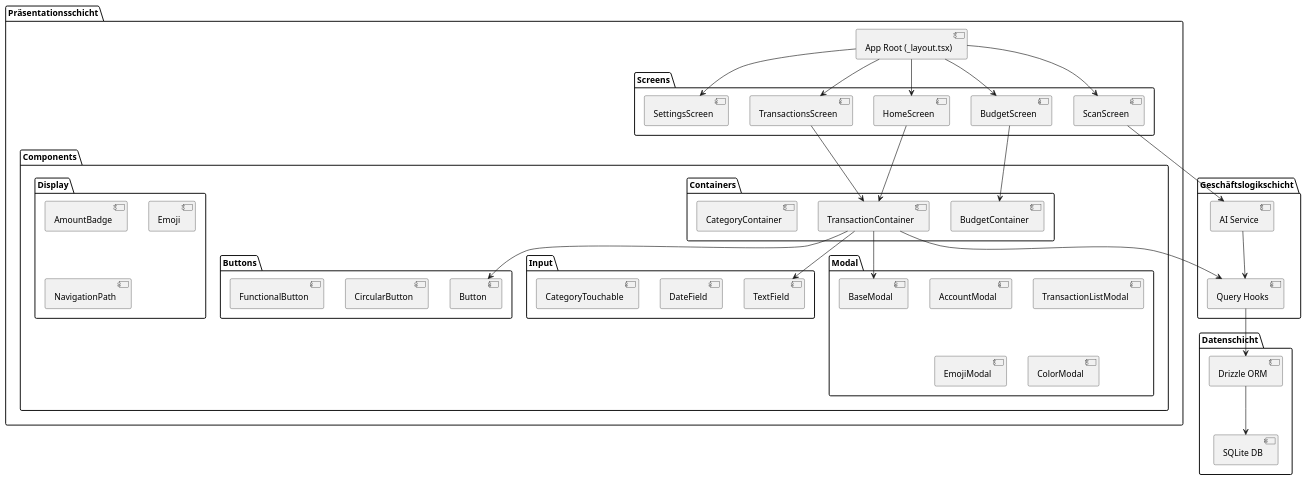
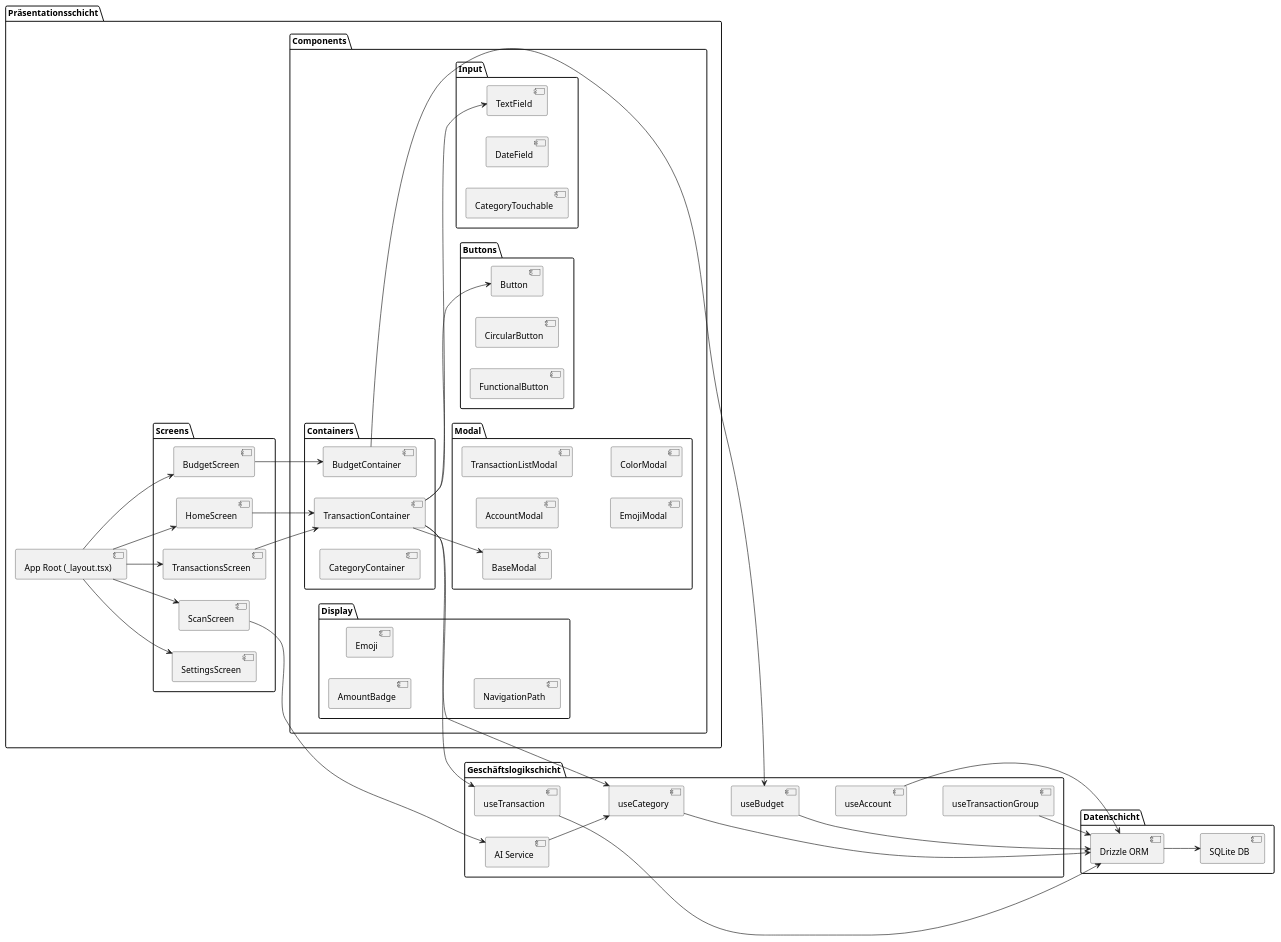
Before and after one commit to bPHANT/finance-tracker: the third of 3 diagrams in docs/development/design.adoc, drawn with PlantUML. The commit also changed other lines of this file and 2 other files, not shown here.

Commit message:
doc: wrap up design

```diff
--- a/docs/development/design.adoc
+++ b/docs/development/design.adoc
@@ -213,6 +219,7 @@
 [plantuml, component-diagram, svg]
 ....
 @startuml
+left to right direction
 
 package "Präsentationsschicht" {
   [App Root (_layout.tsx)]
@@ -261,8 +268,18 @@
 }
 
 package "Geschäftslogikschicht" {
-  [Query Hooks]
   [AI Service]
+  
+  [useTransaction]
+  [useCategory]
+  [useBudget]
+  [useAccount]
+  [useTransactionGroup]
+  
+  useTransaction -[hidden]d- useCategory
+  useCategory -[hidden]d- useBudget
+  useBudget -[hidden]d- useAccount
+  useAccount -[hidden]d- useTransactionGroup
 }
 
 package "Datenschicht" {
@@ -283,12 +300,19 @@
 [TransactionContainer] --> [Button]
 [TransactionContainer] --> [TextField]
 [TransactionContainer] --> [BaseModal]
-[TransactionContainer] --> [Query Hooks]
+[TransactionContainer] --> [useTransaction]
+[TransactionContainer] --> [useCategory]
+
+[BudgetContainer] --> [useBudget]
 
 [ScanScreen] --> [AI Service]
-[AI Service] --> [Query Hooks]
+[AI Service] --> [useCategory]
 
-[Query Hooks] --> [Drizzle ORM]
+[useTransaction] --> [Drizzle ORM]
+[useCategory] --> [Drizzle ORM]
+[useBudget] --> [Drizzle ORM]
+[useAccount] --> [Drizzle ORM]
+[useTransactionGroup] --> [Drizzle ORM]
 [Drizzle ORM] --> [SQLite DB]
 
 @enduml
```
